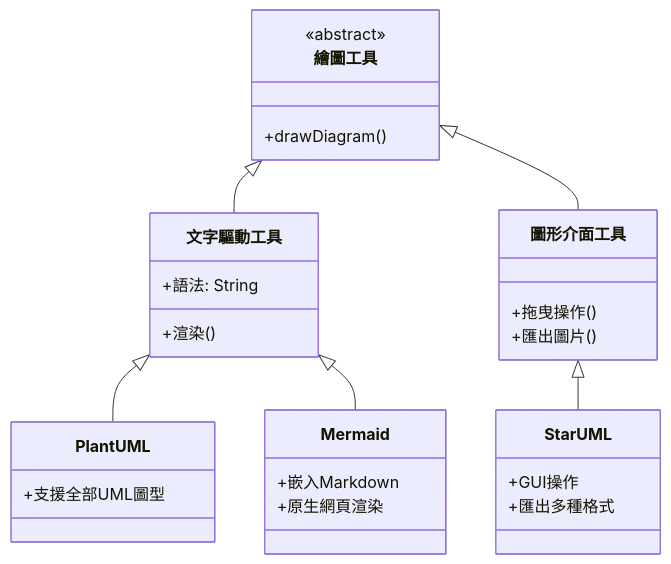
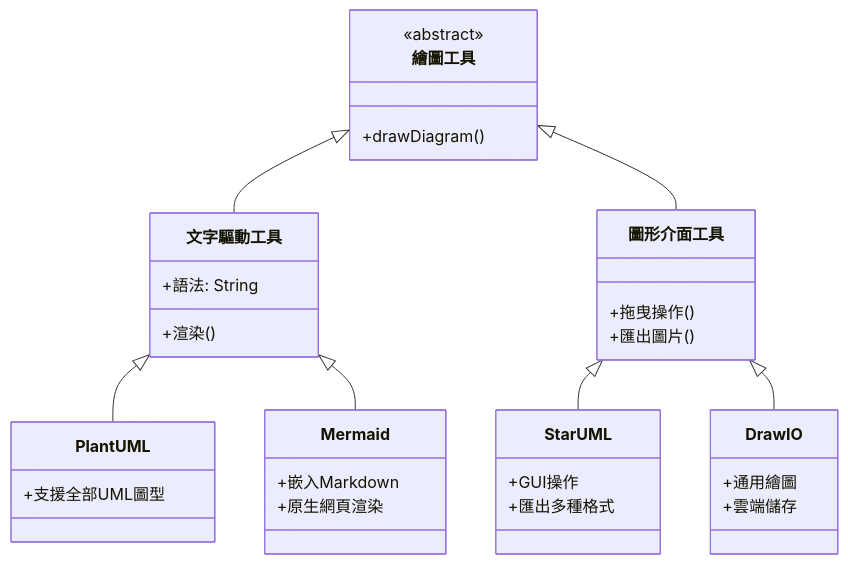
One commit to nlhsueh/teach_sw_fw changed diagram 23 of 24 in Part2_Model/ch04_static.md. Above: the diagram before and after it, drawn with Mermaid. The commit also changed other lines of this file and 1 other file, not shown here.

Commit message:
docs: Refactor ch04_static.md with Mermaid diagrams and expand UML tools comparison with draw.io

````diff
--- a/Part2_Model/ch04_static.md
+++ b/Part2_Model/ch04_static.md
@@ -1081,31 +1163,36 @@
 ```mermaid
 classDiagram
     class 繪圖工具 {
         <<abstract>>
         +drawDiagram()
     }
     class 文字驅動工具 {
         +語法: String
         +渲染()
     }
     class 圖形介面工具 {
         +拖曳操作()
         +匯出圖片()
     }
     class PlantUML {
         +支援全部UML圖型
     }
     class Mermaid {
         +嵌入Markdown
         +原生網頁渲染
     }
     class StarUML {
         +GUI操作
         +匯出多種格式
     }
+    class DrawIO {
+        +通用繪圖
+        +雲端儲存
+    }
     繪圖工具 <|-- 文字驅動工具
     繪圖工具 <|-- 圖形介面工具
     文字驅動工具 <|-- PlantUML
     文字驅動工具 <|-- Mermaid
     圖形介面工具 <|-- StarUML
+    圖形介面工具 <|-- DrawIO
 ```
````
